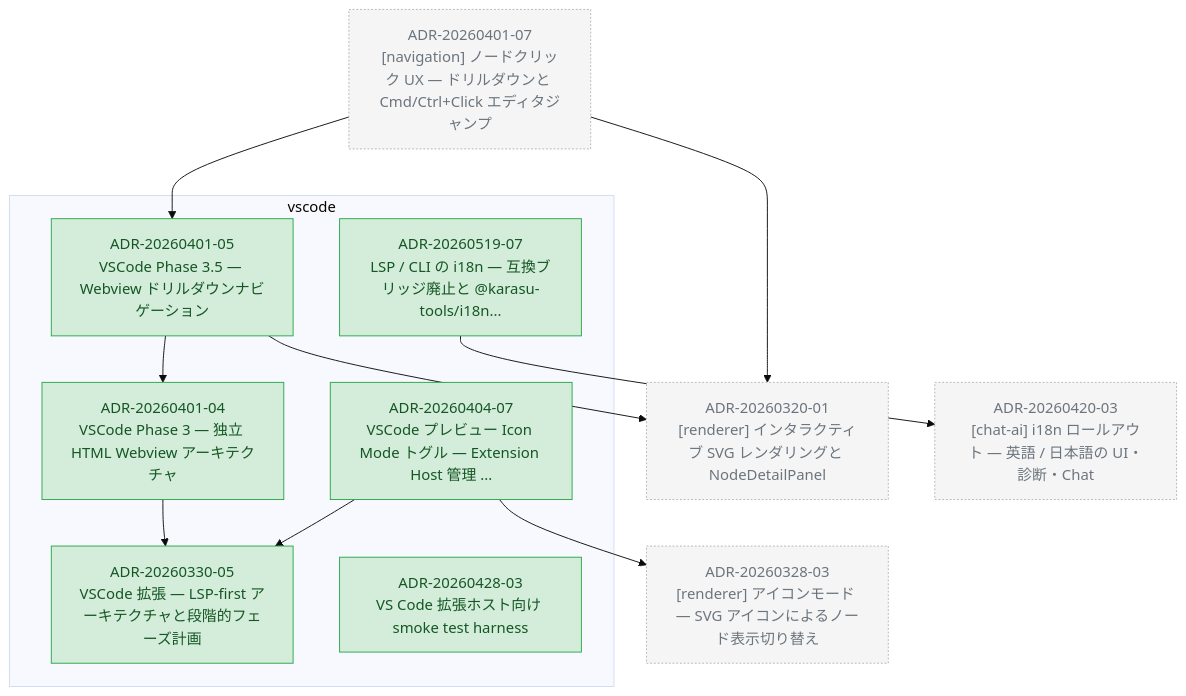
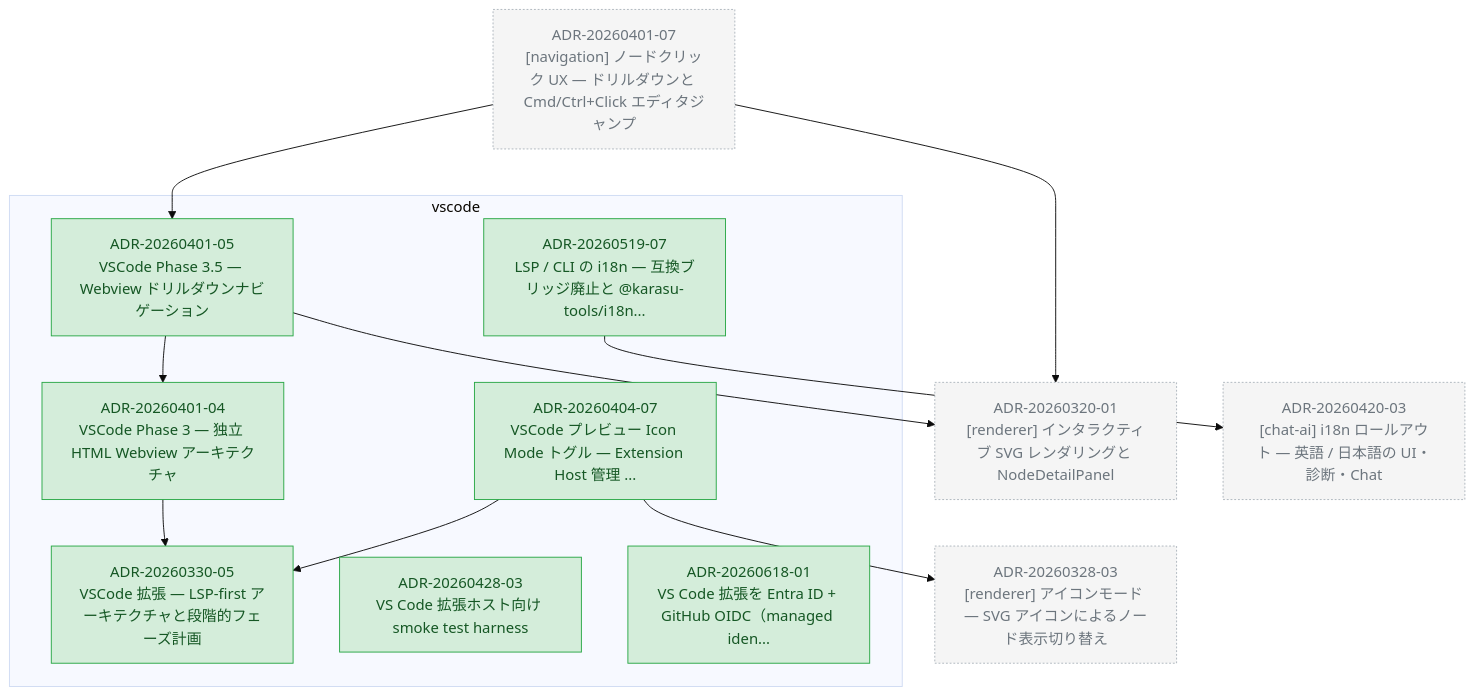
The diagram in docs/adr/graph/vscode.md (kompiro/karasu), drawn with Mermaid (base theme) before and after one commit. The commit also changed other lines of this file and 5 other files, not shown here.

````diff
--- a/docs/adr/graph/vscode.md
+++ b/docs/adr/graph/vscode.md
@@ -6,40 +6,42 @@
 ```mermaid
 flowchart TD
   subgraph vscode["vscode"]
     ADR_20260330_05["ADR-20260330-05<br/>VSCode 拡張 — LSP-first アーキテクチャと段階的フェーズ計画"]
     ADR_20260401_04["ADR-20260401-04<br/>VSCode Phase 3 — 独立 HTML Webview アーキテクチャ"]
     ADR_20260401_05["ADR-20260401-05<br/>VSCode Phase 3.5 — Webview ドリルダウンナビゲーション"]
     ADR_20260404_07["ADR-20260404-07<br/>VSCode プレビュー Icon Mode トグル — Extension Host 管理 ..."]
     ADR_20260428_03["ADR-20260428-03<br/>VS Code 拡張ホスト向け smoke test harness"]
     ADR_20260519_07["ADR-20260519-07<br/>LSP / CLI の i18n — 互換ブリッジ廃止と @karasu-tools/i18n..."]
+    ADR_20260618_01["ADR-20260618-01<br/>VS Code 拡張を Entra ID + GitHub OIDC（managed iden..."]
   end
   ADR_20260320_01["ADR-20260320-01<br/>[renderer] インタラクティブ SVG レンダリングと NodeDetailPanel"]
   ADR_20260328_03["ADR-20260328-03<br/>[renderer] アイコンモード — SVG アイコンによるノード表示切り替え"]
   ADR_20260401_07["ADR-20260401-07<br/>[navigation] ノードクリック UX — ドリルダウンと Cmd/Ctrl+Click エディタジャンプ"]
   ADR_20260420_03["ADR-20260420-03<br/>[chat-ai] i18n ロールアウト — 英語 / 日本語の UI・診断・Chat"]
   ADR_20260401_04 --> ADR_20260330_05
   ADR_20260401_05 --> ADR_20260401_04
   ADR_20260401_05 --> ADR_20260320_01
   ADR_20260404_07 --> ADR_20260328_03
   ADR_20260404_07 --> ADR_20260330_05
   ADR_20260519_07 --> ADR_20260420_03
   ADR_20260401_07 --> ADR_20260320_01
   ADR_20260401_07 --> ADR_20260401_05
 
   classDef accepted fill:#d4edda,stroke:#28a745,color:#155724
   classDef proposed fill:#fff3cd,stroke:#ffc107,color:#856404
   classDef deprecated fill:#f8d7da,stroke:#dc3545,color:#721c24
   classDef superseded fill:#e2e3e5,stroke:#6c757d,color:#383d41
   classDef not_adopted fill:#e2e3e5,stroke:#6c757d,color:#383d41,stroke-dasharray:3 3
   classDef ghost fill:#f5f5f5,stroke:#adb5bd,color:#6c757d,stroke-dasharray:2 2
   class ADR_20260330_05 accepted
   class ADR_20260401_04 accepted
   class ADR_20260401_05 accepted
   class ADR_20260404_07 accepted
   class ADR_20260428_03 accepted
   class ADR_20260519_07 accepted
+  class ADR_20260618_01 accepted
   class ADR_20260320_01 ghost
   class ADR_20260328_03 ghost
   class ADR_20260401_07 ghost
   class ADR_20260420_03 ghost
 ```
````
